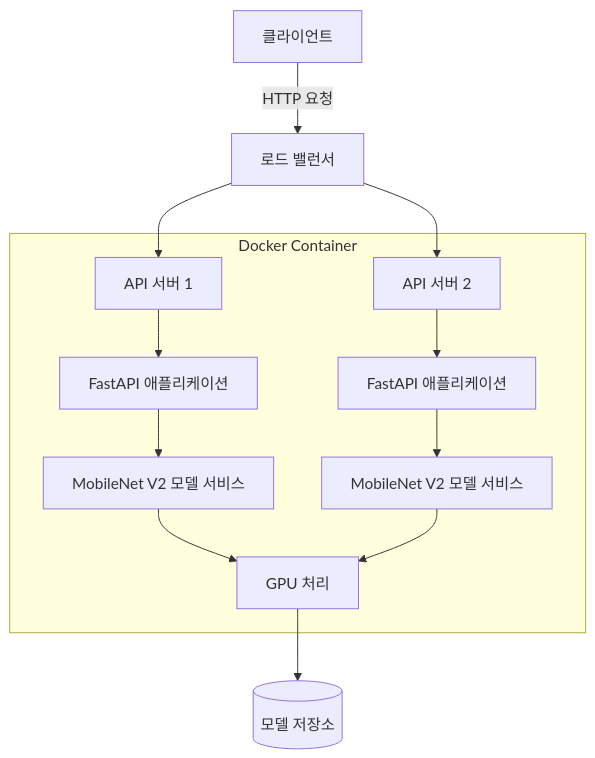
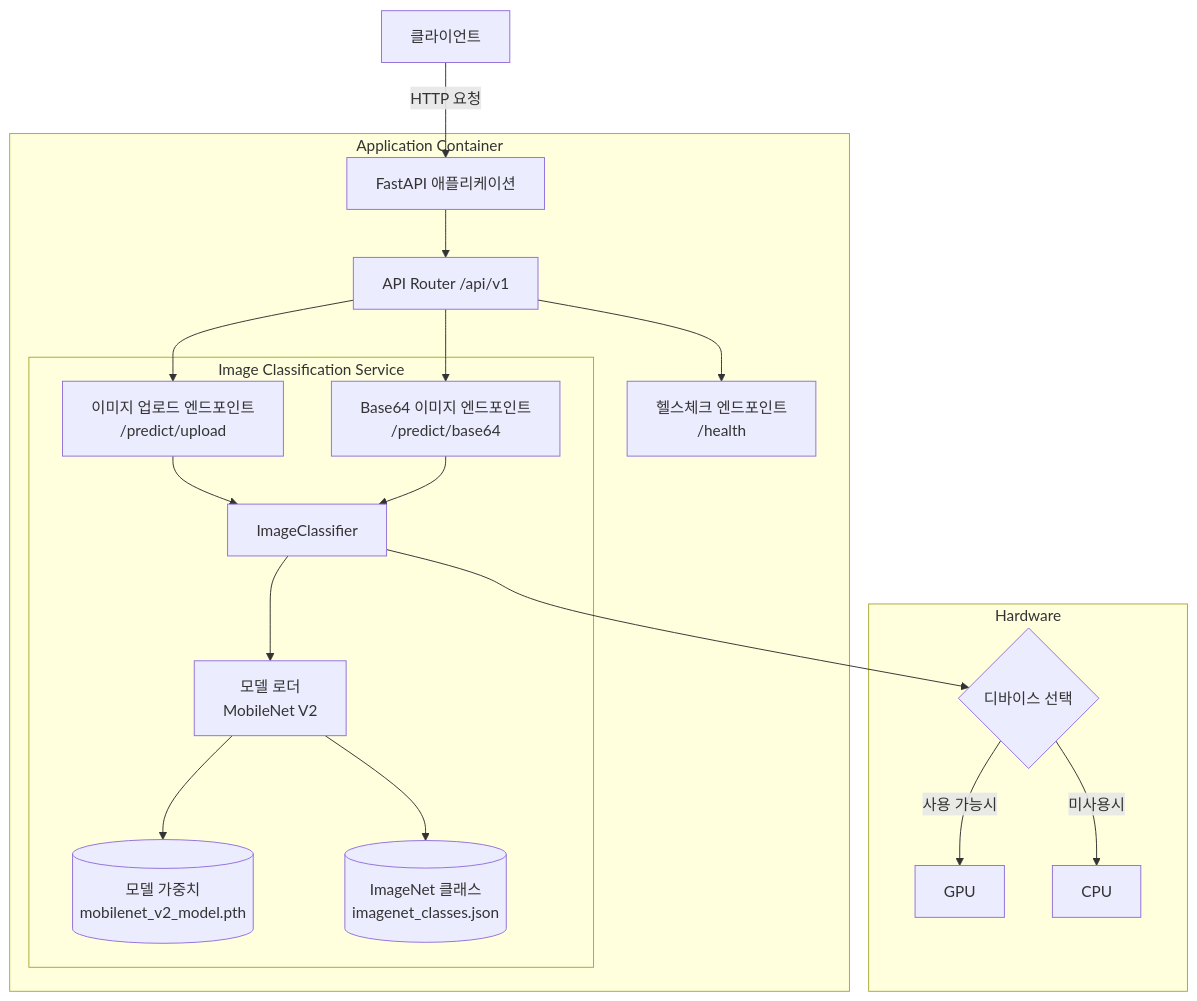
The diagram in README.md (genii01/mobilenet_test), drawn with Mermaid before and after one commit.

Commit message:
system architecture modi

````diff
--- a/README.md
+++ b/README.md
@@ -5,18 +5,25 @@
 ```mermaid
 graph TB
-Client[클라이언트] -->|HTTP 요청| LoadBalancer[로드 밸런서]
-LoadBalancer --> API1[API 서버 1]
-LoadBalancer --> API2[API 서버 2]
+    Client[클라이언트] -->|HTTP 요청| FastAPI[FastAPI 애플리케이션]
+    
+    subgraph Application Container
+        FastAPI --> Router[API Router /api/v1]
+        Router --> UploadEndpoint[이미지 업로드 엔드포인트<br>/predict/upload]
+        Router --> Base64Endpoint[Base64 이미지 엔드포인트<br>/predict/base64]
+        Router --> HealthEndpoint[헬스체크 엔드포인트<br>/health]
+        
+        subgraph Image Classification Service
+            UploadEndpoint --> ImageClassifier[ImageClassifier]
+            Base64Endpoint --> ImageClassifier
+            ImageClassifier --> ModelLoader[모델 로더<br>MobileNet V2]
+            ModelLoader --> ModelWeights[(모델 가중치<br>mobilenet_v2_model.pth)]
+            ModelLoader --> ClassLabels[(ImageNet 클래스<br>imagenet_classes.json)]
+        end
+    end
 
-subgraph Docker Container
-API1 --> FastAPI[FastAPI 애플리케이션]
-FastAPI --> ModelService[MobileNet V2 모델 서비스]
-ModelService --> GPU[GPU 처리]
-
-API2 --> FastAPI2[FastAPI 애플리케이션]
-FastAPI2 --> ModelService2[MobileNet V2 모델 서비스]
-ModelService2 --> GPU
-end
-
-GPU --> ModelStorage[(모델 저장소)]
+    subgraph Hardware
+        ImageClassifier --> DeviceSelector{디바이스 선택}
+        DeviceSelector -->|사용 가능시| GPU[GPU]
+        DeviceSelector -->|미사용시| CPU[CPU]
+    end
 ```
````
